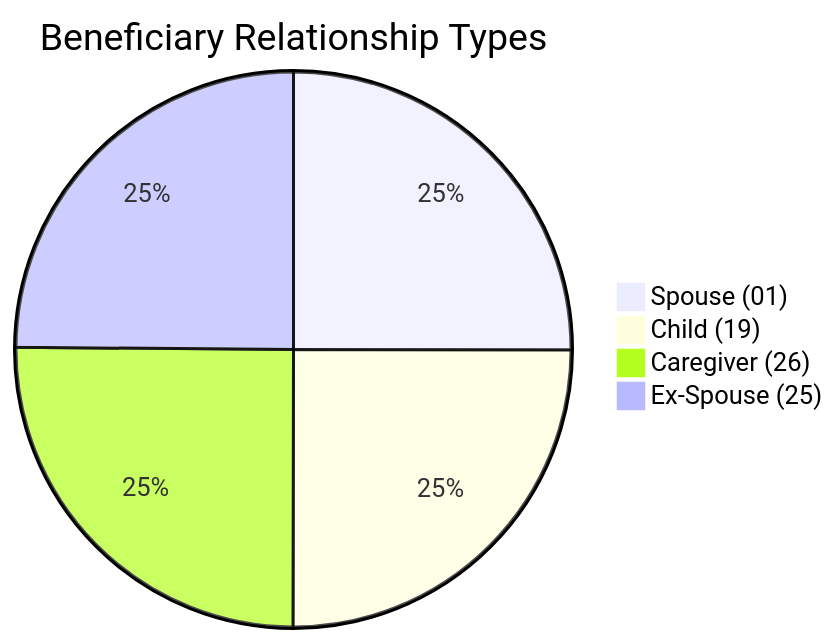
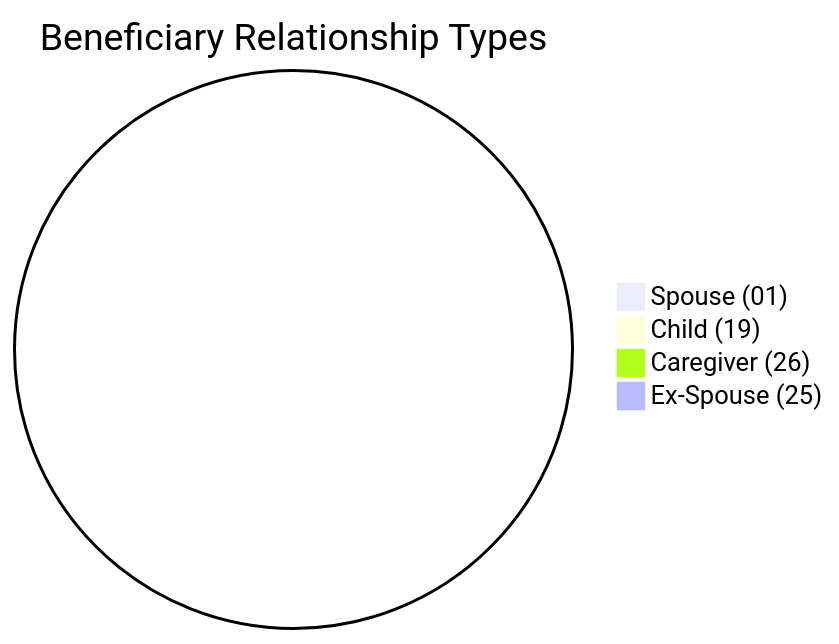
Before and after one commit to dhagan-va/intern-2025: the eighth of 10 diagrams in test-tools/DataGen/src/Statistics_Visualizer.md, drawn with Mermaid. The commit also changed other lines of this file and 8 other files, not shown here.

````diff
--- a/test-tools/DataGen/src/Statistics_Visualizer.md
+++ b/test-tools/DataGen/src/Statistics_Visualizer.md
@@ -88,7 +88,7 @@
 ```mermaid
 pie title Beneficiary Relationship Types
-    "Spouse (01)" : 25029
-    "Child (19)" : 24999
-    "Caregiver (26)" : 25098
-    "Ex-Spouse (25)" : 24874
+    "Spouse (01)" : 0
+    "Child (19)" : 0
+    "Caregiver (26)" : 0
+    "Ex-Spouse (25)" : 0
 ```
````
